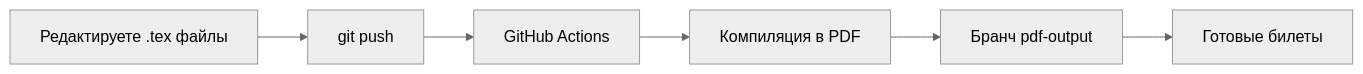
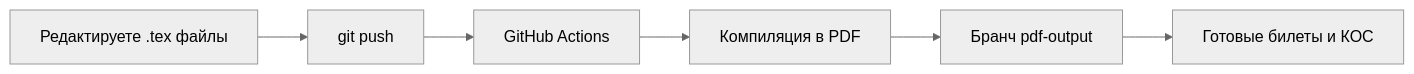
The diagram in README.md (bysnik/tex-test), drawn with Mermaid (neutral theme) before and after one commit. The commit also changed other lines of this file, not shown here.

````diff
--- a/README.md
+++ b/README.md
@@ -9,8 +9,8 @@
 ```mermaid
 flowchart LR
     A[Редактируете .tex файлы] --> B[git push]
     B --> C[GitHub Actions]
     C --> D[Компиляция в PDF]
     D --> E[Бранч pdf-output]
-    E --> F[Готовые билеты]
+    E --> F[Готовые билеты и КОС]
 ```
````
